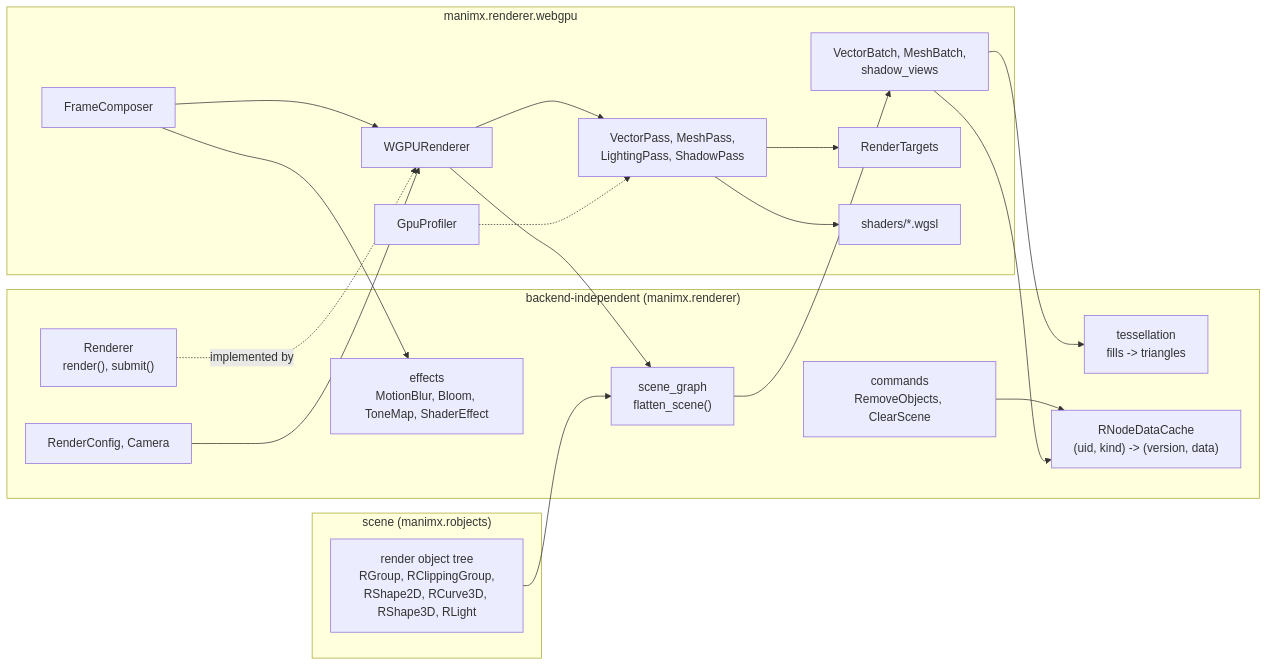
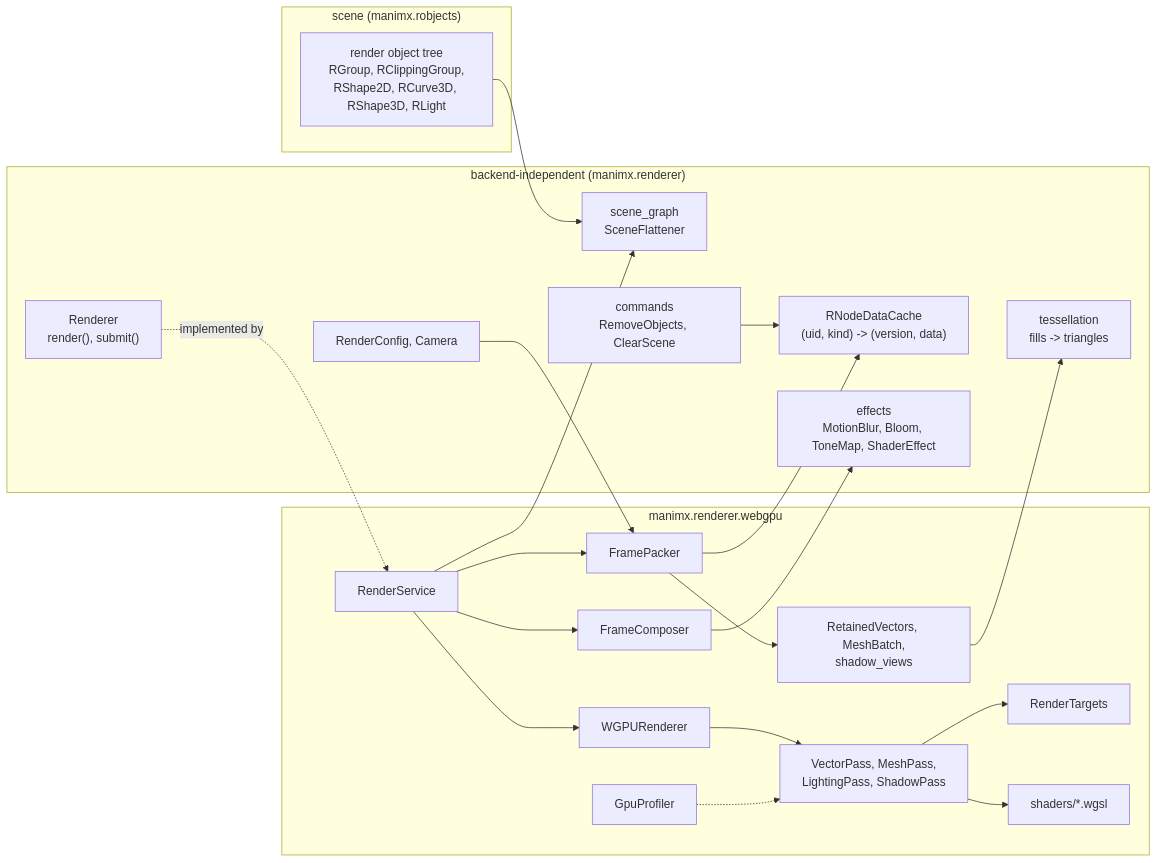
Before and after one commit to MrDiver/manim: the second of 7 diagrams in manimx/manimx/renderer/README.md, drawn with Mermaid. The commit also changed other lines of this file and 31 other files, not shown here.

````diff
--- a/manimx/manimx/renderer/README.md
+++ b/manimx/manimx/renderer/README.md
@@ -162,39 +193,41 @@
 ```mermaid
 flowchart LR
     subgraph Scene["scene (manimx.robjects)"]
         Tree["render object tree<br/>RGroup, RClippingGroup,<br/>RShape2D, RCurve3D, RShape3D, RLight"]
     end
 
     subgraph Backend["backend-independent (manimx.renderer)"]
         Interface["Renderer<br/>render(), submit()"]
-        Graph["scene_graph<br/>flatten_scene()"]
+        Graph["scene_graph<br/>SceneFlattener"]
         Tess["tessellation<br/>fills -> triangles"]
         Cache["RNodeDataCache<br/>(uid, kind) -> (version, data)"]
         Commands["commands<br/>RemoveObjects, ClearScene"]
         Config["RenderConfig, Camera"]
         Effects["effects<br/>MotionBlur, Bloom, ToneMap, ShaderEffect"]
     end
 
     subgraph WebGPU["manimx.renderer.webgpu"]
+        Service["RenderService"]
+        Packer["FramePacker"]
         Renderer["WGPURenderer"]
         Composer["FrameComposer"]
-        Batches["VectorBatch, MeshBatch,<br/>shadow_views"]
+        Batches["RetainedVectors, MeshBatch,<br/>shadow_views"]
         Passes["VectorPass, MeshPass,<br/>LightingPass, ShadowPass"]
         Targets["RenderTargets"]
         Profiler["GpuProfiler"]
         Shaders["shaders/*.wgsl"]
     end
 
     Tree --> Graph
-    Interface -. implemented by .-> Renderer
+    Interface -. implemented by .-> Service
     Commands --> Cache
-    Renderer --> Graph --> Batches
+    Service --> Graph & Packer & Renderer & Composer
+    Packer --> Batches
     Batches --> Tess
-    Batches --> Cache
+    Packer --> Cache
     Renderer --> Passes --> Shaders
     Passes --> Targets
-    Composer --> Renderer
     Composer --> Effects
-    Config --> Renderer
+    Config --> Packer
     Profiler -.-> Passes
 ```
````
